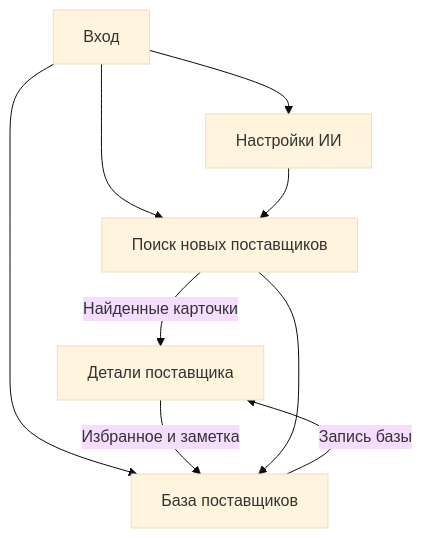
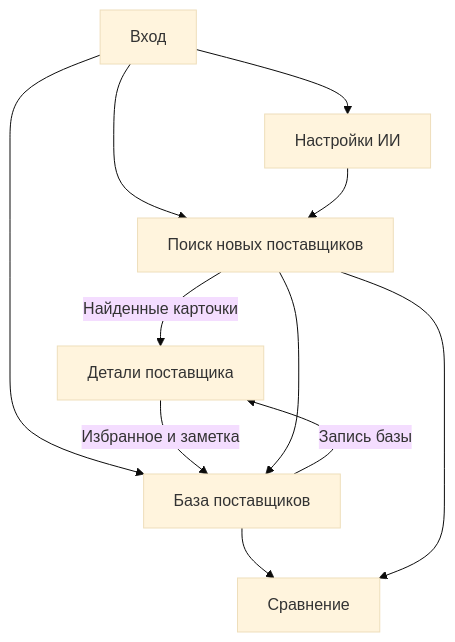
One commit to SashaPerekhrest/Goulash2 changed the first of 5 diagrams in docs/application-flow.md. Above: the diagram before and after it, drawn with Mermaid (base theme). The commit also changed other lines of this file and 8 other files, not shown here.

````diff
--- a/docs/application-flow.md
+++ b/docs/application-flow.md
@@ -5,11 +5,13 @@
 ```mermaid
 flowchart TD
     L[Вход] --> D[Поиск новых поставщиков]
     L --> B[База поставщиков]
     L --> S[Настройки ИИ]
     S --> D
     D -->|Найденные карточки| V[Детали поставщика]
     B -->|Запись базы| V
+    B --> C[Сравнение]
+    D --> C
     V -->|Избранное и заметка| B
     D --> B
 ```
````
